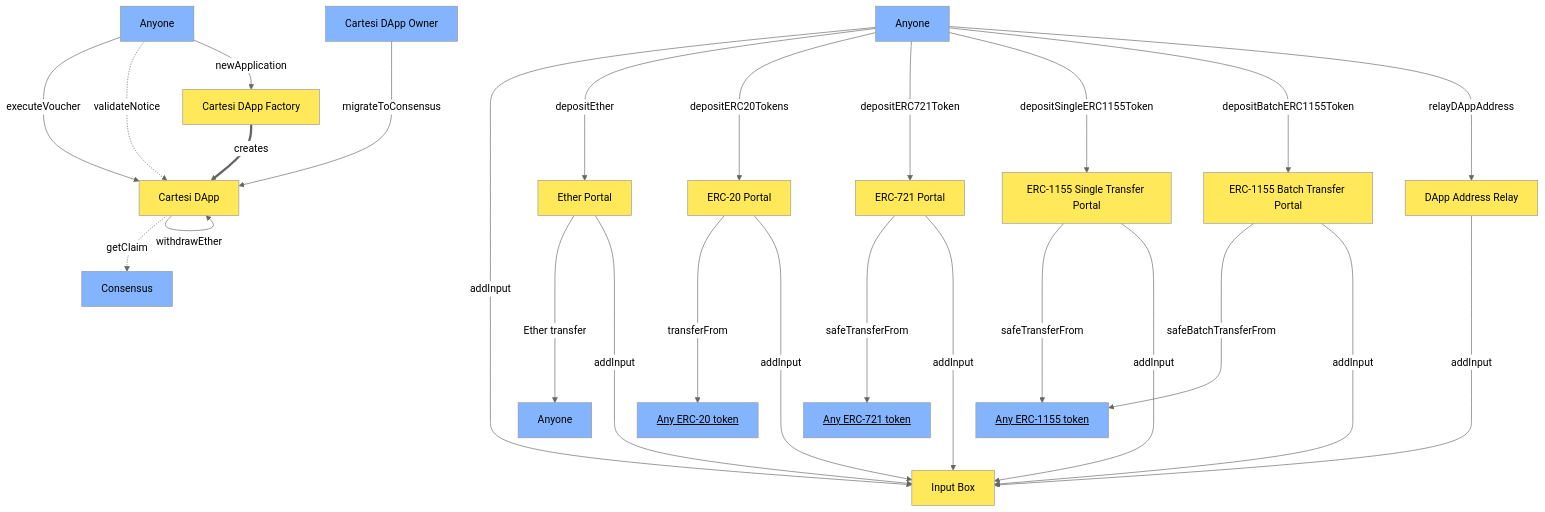
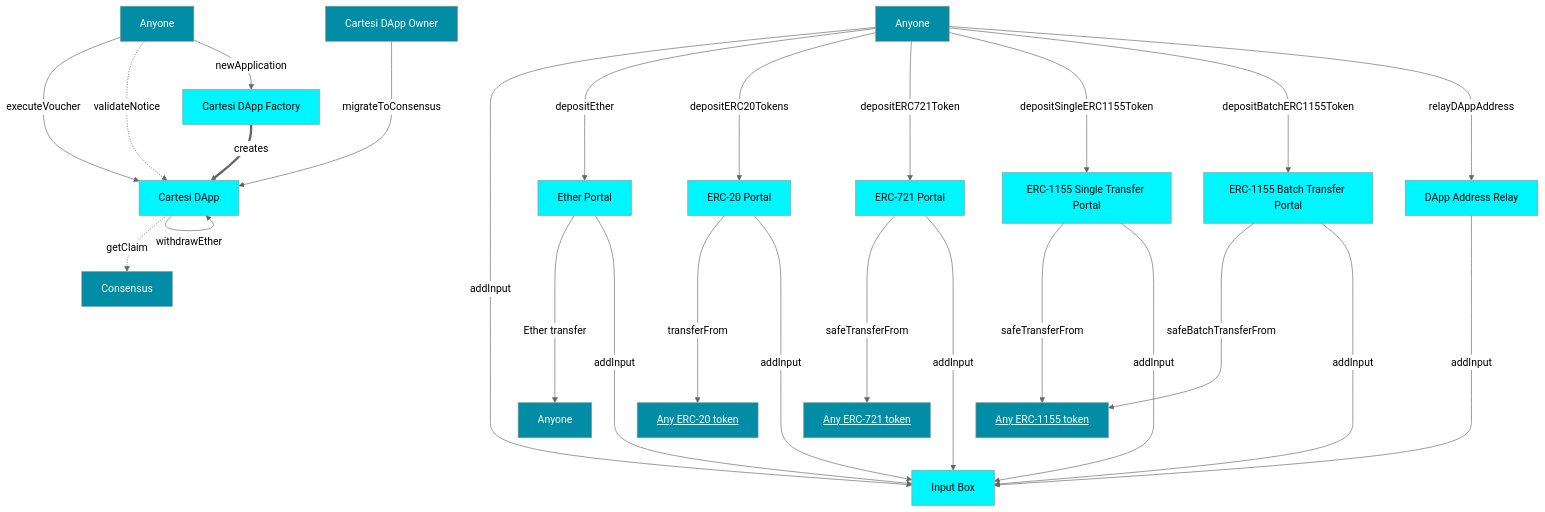
The diagram in CONTRACTS.md (dapp-dragonxmlp09/rollups-contracts), drawn with Mermaid (neutral theme) before and after one commit.

Commit message:
docs: use new Cartesi colors in diagram

````diff
--- a/CONTRACTS.md
+++ b/CONTRACTS.md
@@ -9,56 +9,56 @@
 ```mermaid
 graph TD
-    classDef core fill:#ffe95a,color:#000
-    classDef external fill:#85b4ff,color:#000
+    classDef core fill:#00F6FF,color:#000
+    classDef external fill:#008DA5,color:#fff
     classDef hasLink text-decoration: underline
 
     InputBox[Input Box]:::core
     CartesiDApp[Cartesi DApp]:::core
     CartesiDAppFactory[Cartesi DApp Factory]:::core
     EtherPortal[Ether Portal]:::core
     ERC20Portal[ERC-20 Portal]:::core
     ERC721Portal[ERC-721 Portal]:::core
     ERC1155SinglePortal[ERC-1155 Single Transfer Portal]:::core
     ERC1155BatchPortal[ERC-1155 Batch Transfer Portal]:::core
     DAppAddressRelay[DApp Address Relay]:::core
     Consensus:::external
 
     ERC20[Any ERC-20 token]:::external
     ERC721[Any ERC-721 token]:::external
     ERC1155[Any ERC-1155 token]:::external
     DAppOwner[Cartesi DApp Owner]:::external
     Anyone1[Anyone]:::external
     Anyone2[Anyone]:::external
     Anyone3[Anyone]:::external
 
     Anyone1 -- executeVoucher --> CartesiDApp
     Anyone1 -. validateNotice .-> CartesiDApp
     Anyone1 -- newApplication --> CartesiDAppFactory
     DAppOwner -- migrateToConsensus ---> CartesiDApp
     CartesiDApp -. getClaim .-> Consensus
     CartesiDApp -- withdrawEther --> CartesiDApp
     CartesiDAppFactory == creates ==> CartesiDApp
     Anyone2 -- addInput -------> InputBox
     Anyone2 -- depositEther ---> EtherPortal
     EtherPortal -- "Ether transfer" ----> Anyone3
     EtherPortal -- addInput -----> InputBox
     Anyone2 -- depositERC20Tokens ---> ERC20Portal
     ERC20Portal -- transferFrom ----> ERC20
     ERC20Portal -- addInput -----> InputBox
     Anyone2 -- depositERC721Token ---> ERC721Portal
     ERC721Portal -- safeTransferFrom ----> ERC721
     ERC721Portal -- addInput -----> InputBox
     Anyone2 -- depositSingleERC1155Token ---> ERC1155SinglePortal
     ERC1155SinglePortal -- safeTransferFrom ----> ERC1155
     ERC1155SinglePortal -- addInput -----> InputBox
     Anyone2 -- depositBatchERC1155Token ---> ERC1155BatchPortal
     ERC1155BatchPortal -- safeBatchTransferFrom ----> ERC1155
     ERC1155BatchPortal -- addInput -----> InputBox
     Anyone2 -- relayDAppAddress ---> DAppAddressRelay
     DAppAddressRelay -- addInput -----> InputBox
 
     class ERC20,ERC721,ERC1155 hasLink
     click ERC20 href "https://eips.ethereum.org/EIPS/eip-20"
     click ERC721 href "https://eips.ethereum.org/EIPS/eip-721"
     click ERC1155 href "https://eips.ethereum.org/EIPS/eip-1155"
 ```
````
